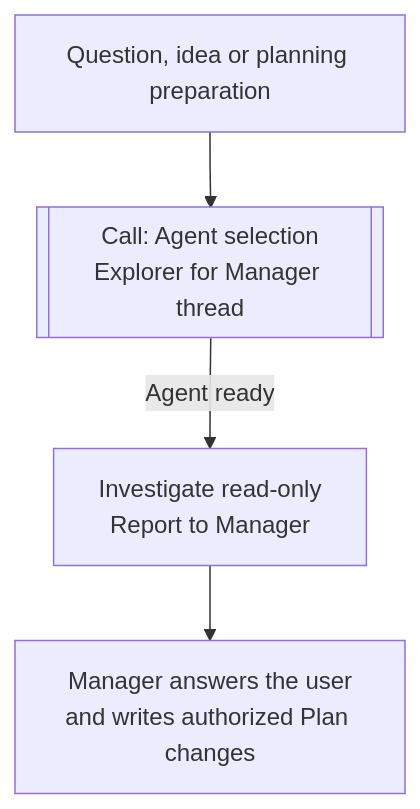
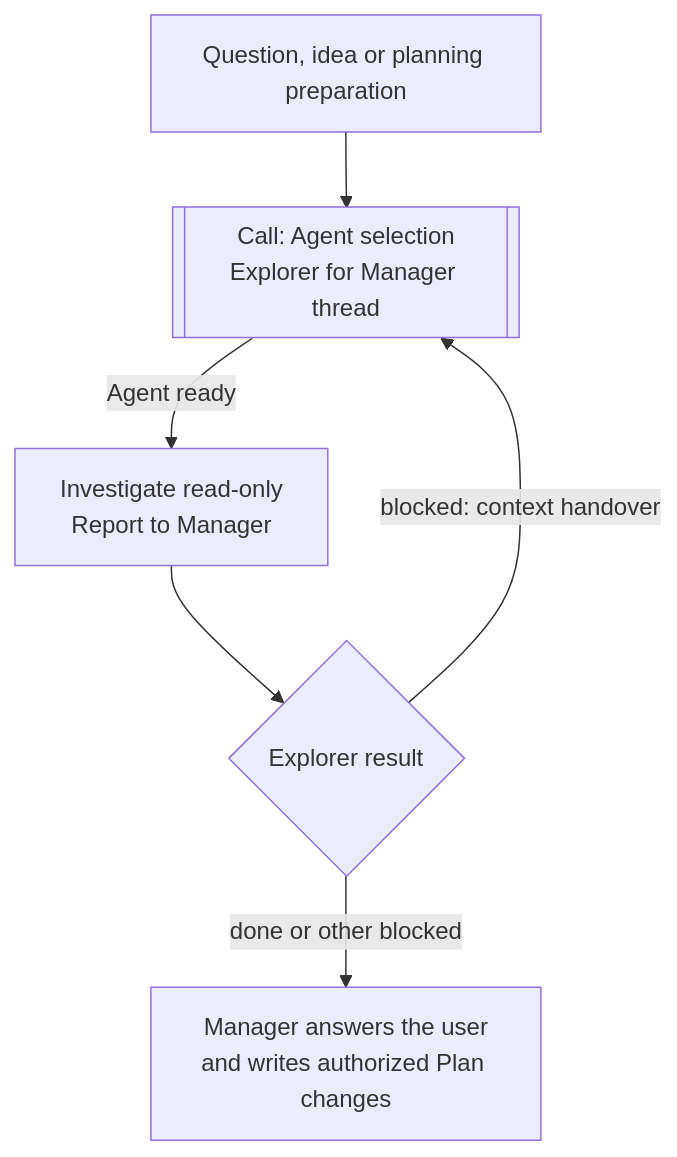
Before and after one commit to benjaminstelzer/scoville-suite-for-codex: the fourth of 4 diagrams in README.md, drawn with Mermaid. The commit also changed other lines of this file and 23 other files, not shown here.

````diff
--- a/README.md
+++ b/README.md
@@ -120,6 +127,8 @@
 ```mermaid
 flowchart TD
     Q["Question, idea or planning preparation"] --> X[["Call: Agent selection<br/>Explorer for Manager thread"]]
     X -->|Agent ready| XP["Investigate read-only<br/>Report to Manager"]
-    XP --> M["Manager answers the user<br/>and writes authorized Plan changes"]
+    XP --> XR{"Explorer result"}
+    XR -->|blocked: context handover| X
+    XR -->|done or other blocked| M["Manager answers the user<br/>and writes authorized Plan changes"]
 ```
````
